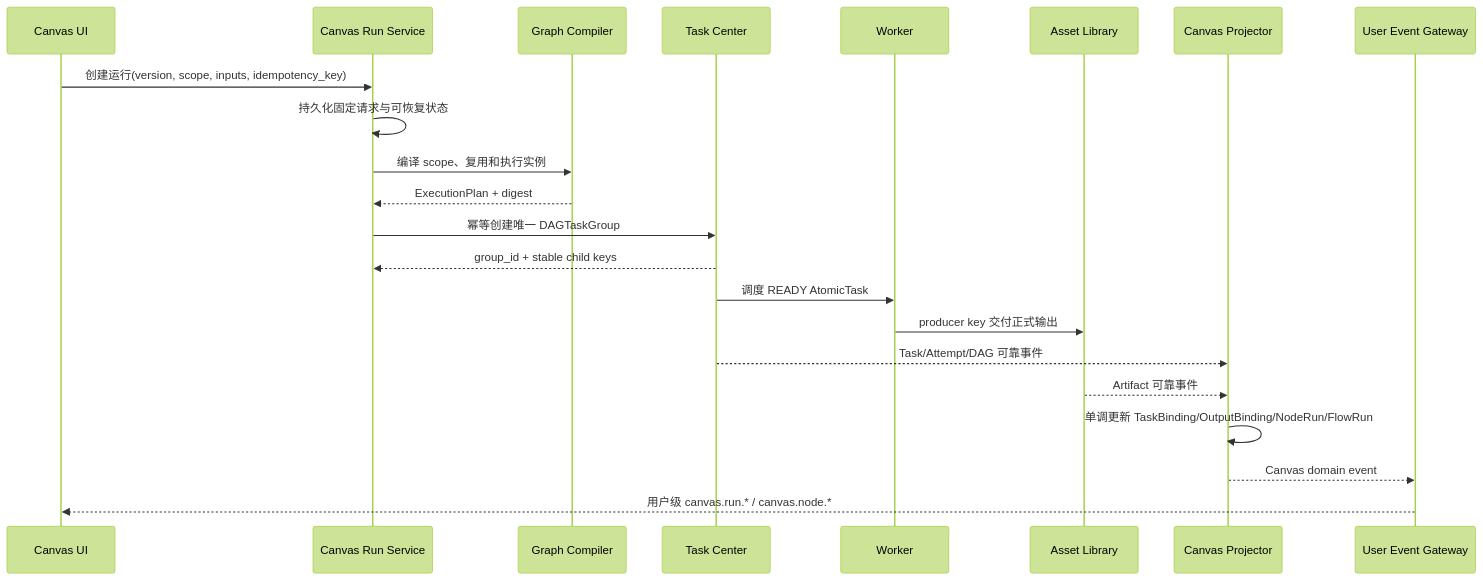
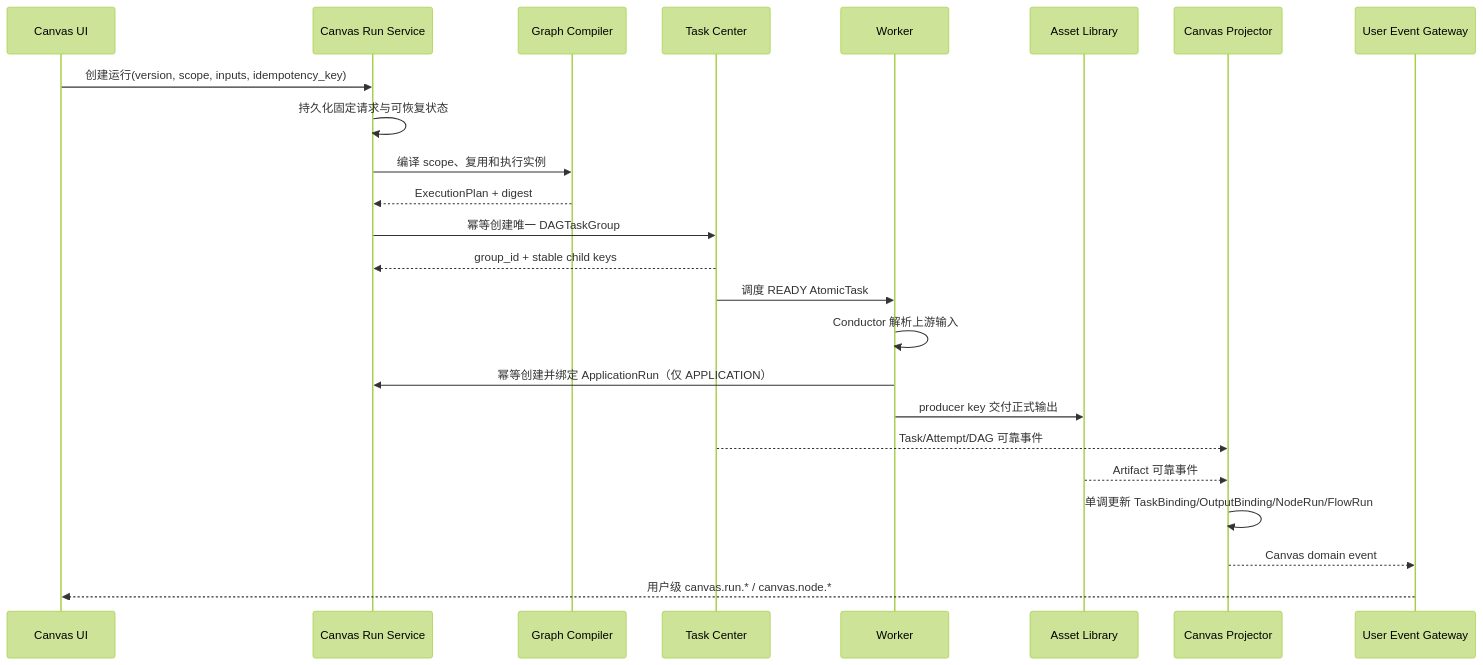
One commit to wangweihong/omnimam-spec changed the second of 3 diagrams in 02_architecture/domains/workflow-canvas.md. Above: the diagram before and after it, drawn with Mermaid (forest theme). The commit also changed other lines of this file and 9 other files, not shown here.

````diff
--- a/02_architecture/domains/workflow-canvas.md
+++ b/02_architecture/domains/workflow-canvas.md
@@ -49,25 +49,27 @@
 ```mermaid
 sequenceDiagram
   participant UI as Canvas UI
   participant Run as Canvas Run Service
   participant Compiler as Graph Compiler
   participant Task as Task Center
   participant Worker as Worker
   participant Asset as Asset Library
   participant Projector as Canvas Projector
   participant SSE as User Event Gateway
 
   UI->>Run: 创建运行(version, scope, inputs, idempotency_key)
   Run->>Run: 持久化固定请求与可恢复状态
   Run->>Compiler: 编译 scope、复用和执行实例
   Compiler-->>Run: ExecutionPlan + digest
   Run->>Task: 幂等创建唯一 DAGTaskGroup
   Task-->>Run: group_id + stable child keys
   Task->>Worker: 调度 READY AtomicTask
+  Worker->>Worker: Conductor 解析上游输入
+  Worker->>Run: 幂等创建并绑定 ApplicationRun（仅 APPLICATION）
   Worker->>Asset: producer key 交付正式输出
   Task-->>Projector: Task/Attempt/DAG 可靠事件
   Asset-->>Projector: Artifact 可靠事件
   Projector->>Projector: 单调更新 TaskBinding/OutputBinding/NodeRun/FlowRun
   Projector-->>SSE: Canvas domain event
   SSE-->>UI: 用户级 canvas.run.* / canvas.node.*
 ```
````
